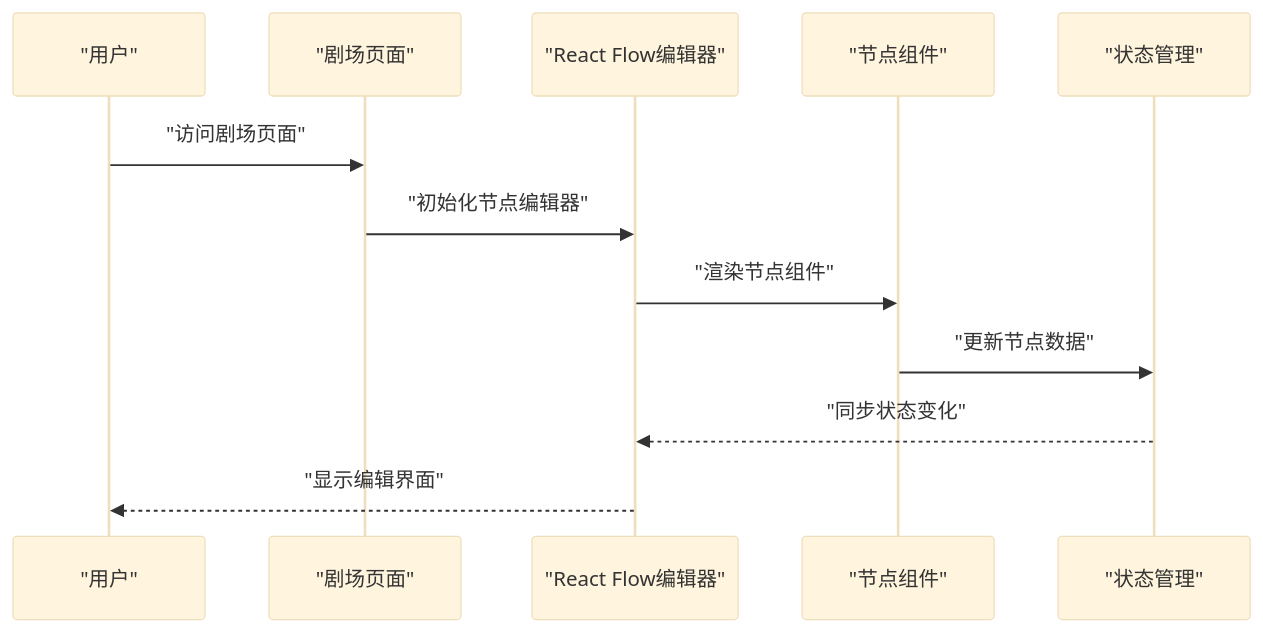
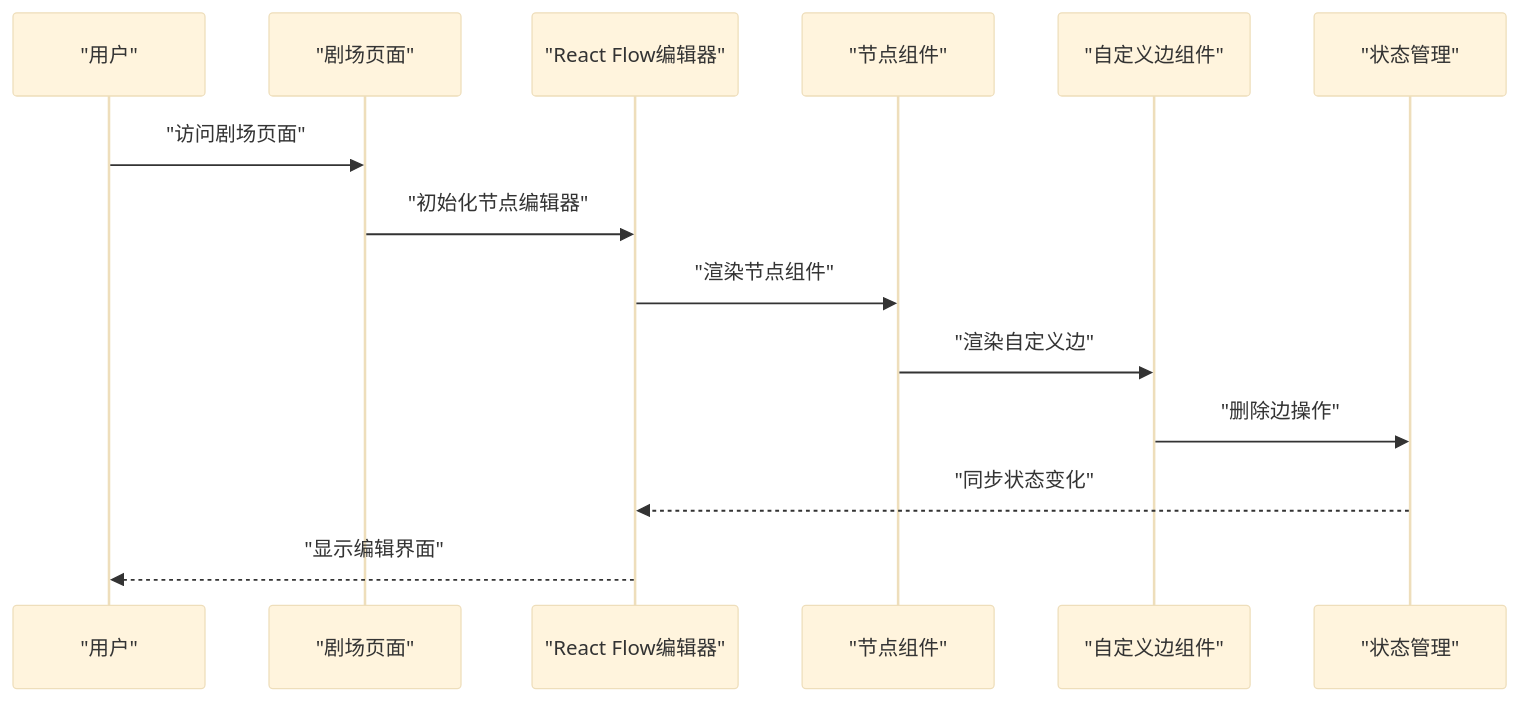
The second of 5 diagrams in .qoder/repowiki/zh/content/前端开发指南/游戏画布渲染系统.md (KunLabAI/KunFlix), drawn with Mermaid (base theme) before and after one commit. The commit also changed other lines of this file and 24 other files, not shown here.

````diff
--- a/.qoder/repowiki/zh/content/前端开发指南/游戏画布渲染系统.md
+++ b/.qoder/repowiki/zh/content/前端开发指南/游戏画布渲染系统.md
@@ -131,14 +143,16 @@
 ```mermaid
 sequenceDiagram
 participant U as "用户"
 participant TP as "剧场页面"
 participant RC as "React Flow编辑器"
 participant NC as "节点组件"
+participant CE as "自定义边组件"
 participant SC as "状态管理"
 U->>TP : "访问剧场页面"
 TP->>RC : "初始化节点编辑器"
 RC->>NC : "渲染节点组件"
-NC->>SC : "更新节点数据"
+NC->>CE : "渲染自定义边"
+CE->>SC : "删除边操作"
 SC-->>RC : "同步状态变化"
 RC-->>U : "显示编辑界面"
 ```
````
